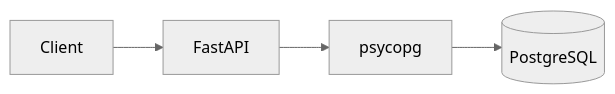
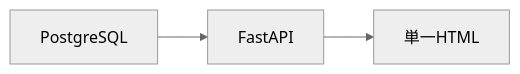
Before and after one commit to gyakusu/fastapi-postgres-demo: the fourth of 5 diagrams in README.md, drawn with Mermaid (neutral theme). The commit also changed other lines of this file, not shown here.

Commit message:
Update README.md for improved clarity and structure, including detailed system architecture, database schema, and API endpoints for order management.

````diff
--- a/README.md
+++ b/README.md
@@ -11,6 +538,5 @@
 ```mermaid
 flowchart LR
-    Client[Client] --> FastAPI[FastAPI]
-    FastAPI --> Psycopg[psycopg]
-    Psycopg --> PostgreSQL[(PostgreSQL)]
+    A[PostgreSQL] --> B[FastAPI]
+    B --> C[単一HTML]
 ```
````
